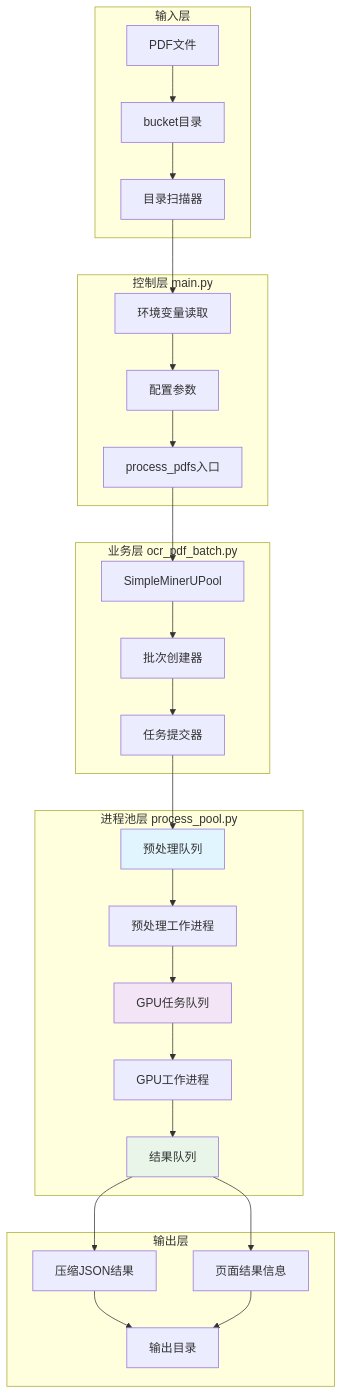
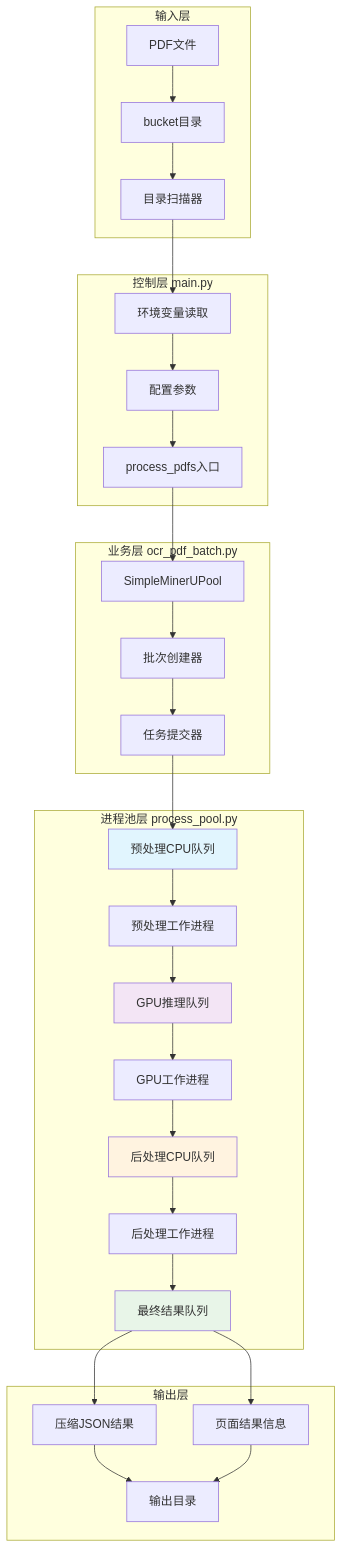
Before and after one commit to chukonu-team/MinerU-merge: the first of 9 diagrams in arch.md, drawn with Mermaid. The commit also changed other lines of this file and 2 other files, not shown here.

````diff
--- a/arch.md
+++ b/arch.md
@@ -9,38 +9,41 @@
 ```mermaid
 graph TB
     subgraph "输入层"
         PDF[PDF文件] --> Bucket[bucket目录]
         Bucket --> Scanner[目录扫描器]
     end
 
     subgraph "控制层 main.py"
         Scanner --> Env[环境变量读取]
         Env --> Config[配置参数]
         Config --> ProcessEntry[process_pdfs入口]
     end
 
     subgraph "业务层 ocr_pdf_batch.py"
         ProcessEntry --> SimpleMinerUPool[SimpleMinerUPool]
         SimpleMinerUPool --> BatchCreator[批次创建器]
         BatchCreator --> TaskSubmitter[任务提交器]
     end
 
     subgraph "进程池层 process_pool.py"
-        TaskSubmitter --> PreprocessingQueue[预处理队列]
+        TaskSubmitter --> PreprocessingQueue[预处理CPU队列]
         PreprocessingQueue --> PreprocessingWorkers[预处理工作进程]
-        PreprocessingWorkers --> GPUQueue[GPU任务队列]
+        PreprocessingWorkers --> GPUQueue[GPU推理队列]
         GPUQueue --> GPUWorkers[GPU工作进程]
-        GPUWorkers --> ResultQueue[结果队列]
+        GPUWorkers --> PostprocessingQueue[后处理CPU队列]
+        PostprocessingQueue --> PostprocessingWorkers[后处理工作进程]
+        PostprocessingWorkers --> ResultQueue[最终结果队列]
     end
 
     subgraph "输出层"
         ResultQueue --> CompressedJSON[压缩JSON结果]
         ResultQueue --> PageResult[页面结果信息]
         CompressedJSON --> OutputDir[输出目录]
         PageResult --> OutputDir
     end
 
     style PreprocessingQueue fill:#e1f5fe
     style GPUQueue fill:#f3e5f5
+    style PostprocessingQueue fill:#fff3e0
     style ResultQueue fill:#e8f5e8
 ```
````
